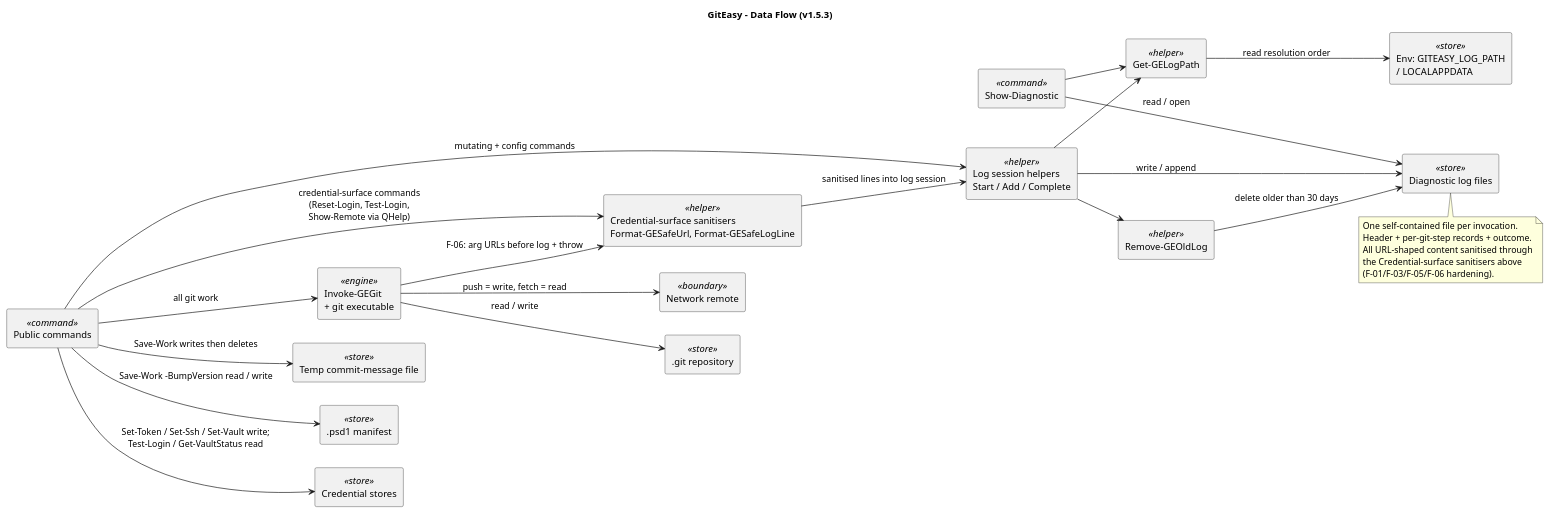
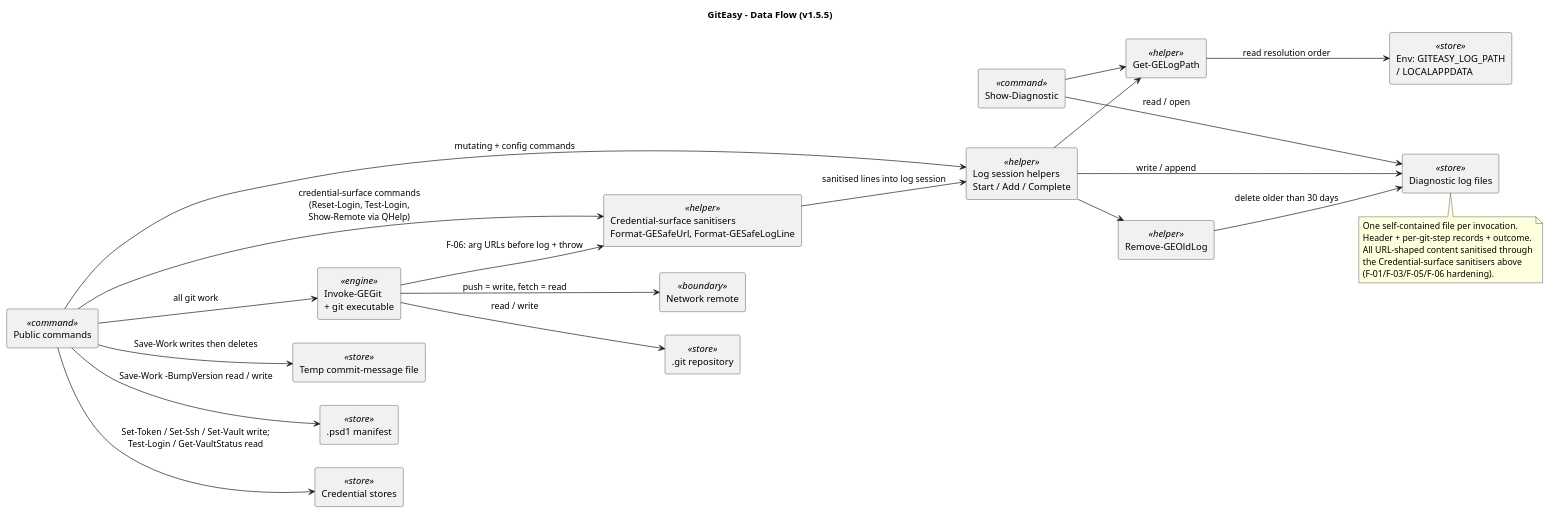
Before and after one commit to greenmtnsun/GitEasy: the diagram in docs/UML/03-data-flow.puml, drawn with PlantUML. The commit also changed 13 other files, not shown here.

Commit message:
Add 9 UML diagrams 04-12 + README; complete GR-002 (DR-016)

```diff
--- a/docs/UML/03-data-flow.puml
+++ b/docs/UML/03-data-flow.puml
@@ -1,48 +1,48 @@
 @startuml GitEasyDataFlow
-title GitEasy - Data Flow (v1.5.3)
+title GitEasy - Data Flow (v1.5.5)
 skinparam componentStyle rectangle
 skinparam shadowing false
 left to right direction
 
 component "Public commands" <<command>> as Cmd
 component "Invoke-GEGit\n+ git executable" <<engine>> as Engine
 component "Log session helpers\nStart / Add / Complete" <<helper>> as LogH
 component "Credential-surface sanitisers\nFormat-GESafeUrl, Format-GESafeLogLine" <<helper>> as Sanitise
 component "Get-GELogPath" <<helper>> as LogPath
 component "Remove-GEOldLog" <<helper>> as Prune
 component "Show-Diagnostic" <<command>> as Diag
 
 component ".git repository" <<store>> as Repo
 component "Network remote" <<boundary>> as Remote
 component "Diagnostic log files" <<store>> as Logs
 component "Env: GITEASY_LOG_PATH\n/ LOCALAPPDATA" <<store>> as Env
 component "Temp commit-message file" <<store>> as Tmp
 component ".psd1 manifest" <<store>> as Psd
 component "Credential stores" <<store>> as Creds
 
 Cmd --> Engine : all git work
 Engine --> Repo : read / write
 Engine --> Remote : push = write, fetch = read
 Cmd --> LogH : mutating + config commands
 Cmd --> Sanitise : credential-surface commands\n(Reset-Login, Test-Login,\nShow-Remote via QHelp)
 Engine --> Sanitise : F-06: arg URLs before log + throw
 Sanitise --> LogH : sanitised lines into log session
 LogH --> Logs : write / append
 LogH --> LogPath
 LogPath --> Env : read resolution order
 LogH --> Prune
 Prune --> Logs : delete older than 30 days
 Diag --> LogPath
 Diag --> Logs : read / open
 Cmd --> Tmp : Save-Work writes then deletes
 Cmd --> Psd : Save-Work -BumpVersion read / write
 Cmd --> Creds : Set-Token / Set-Ssh / Set-Vault write;\nTest-Login / Get-VaultStatus read
 
 note bottom of Logs
   One self-contained file per invocation.
   Header + per-git-step records + outcome.
   All URL-shaped content sanitised through
   the Credential-surface sanitisers above
   (F-01/F-03/F-05/F-06 hardening).
 end note
 @enduml
```
